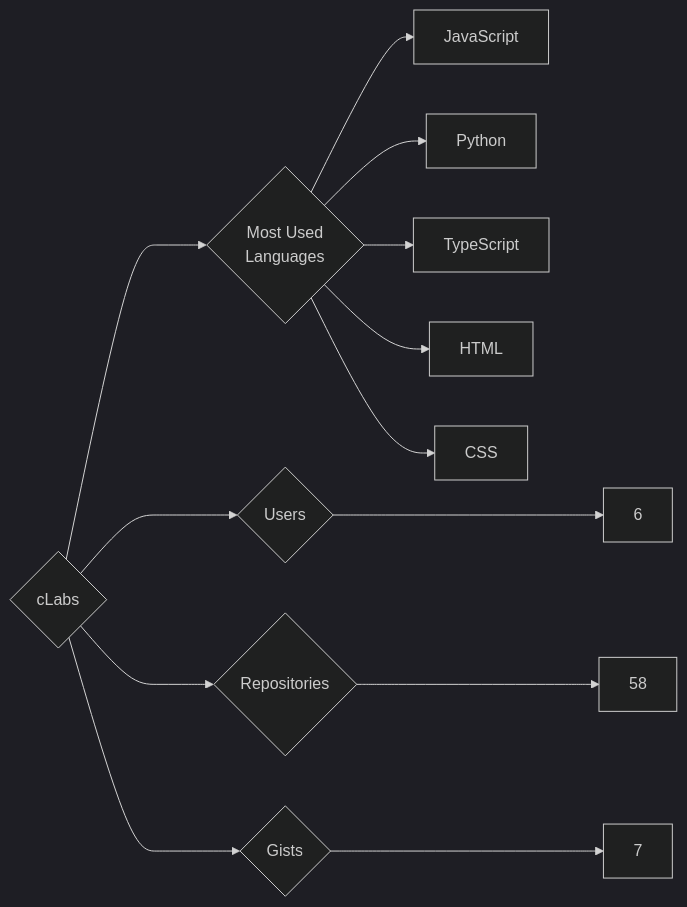
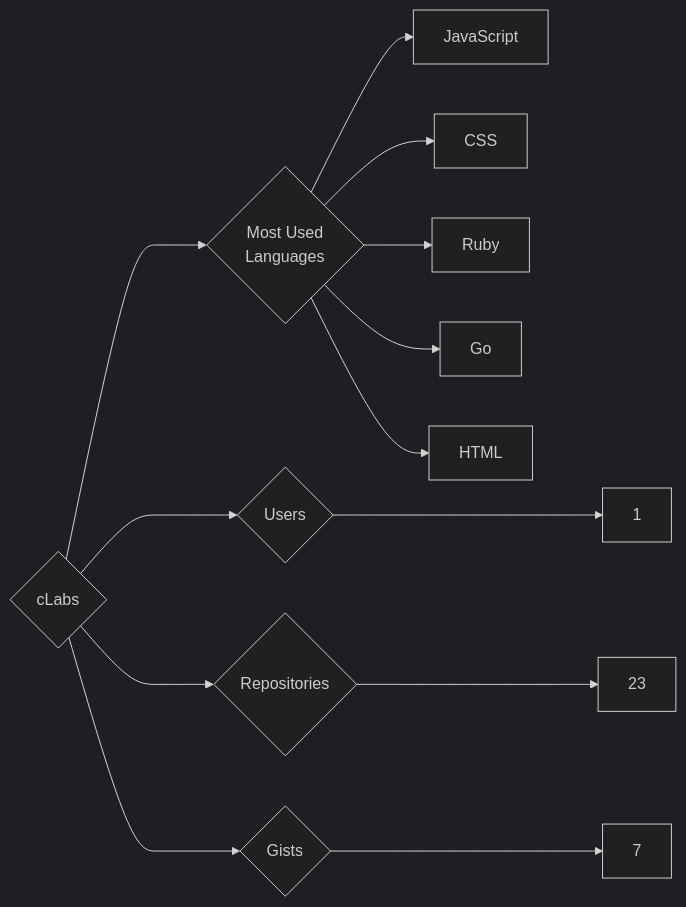
Before and after one commit to trickest/insiders: the diagram in targets/cLabs/README.md, drawn with Mermaid (dark theme). The commit also changed 1036 other files, not shown here.

````diff
--- a/targets/cLabs/README.md
+++ b/targets/cLabs/README.md
@@ -3,13 +3,13 @@
 ```mermaid
 graph LR
 COMPANY_NAME{cLabs}
-COMPANY_NAME ---> U{Users} ---> UN[6]
-COMPANY_NAME ---> R{Repositories} ---> RN[58]
+COMPANY_NAME ---> U{Users} ---> UN[1]
+COMPANY_NAME ---> R{Repositories} ---> RN[23]
 COMPANY_NAME ---> G{Gists} ---> GN[7]
 COMPANY_NAME ---> ML{Most Used<br>Languages}
 ML --> JavaScript[JavaScript]
-ML --> Python[Python]
-ML --> TypeScript[TypeScript]
+ML --> CSS[CSS]
+ML --> Ruby[Ruby]
+ML --> Go[Go]
 ML --> HTML[HTML]
-ML --> CSS[CSS]
 ```
````
